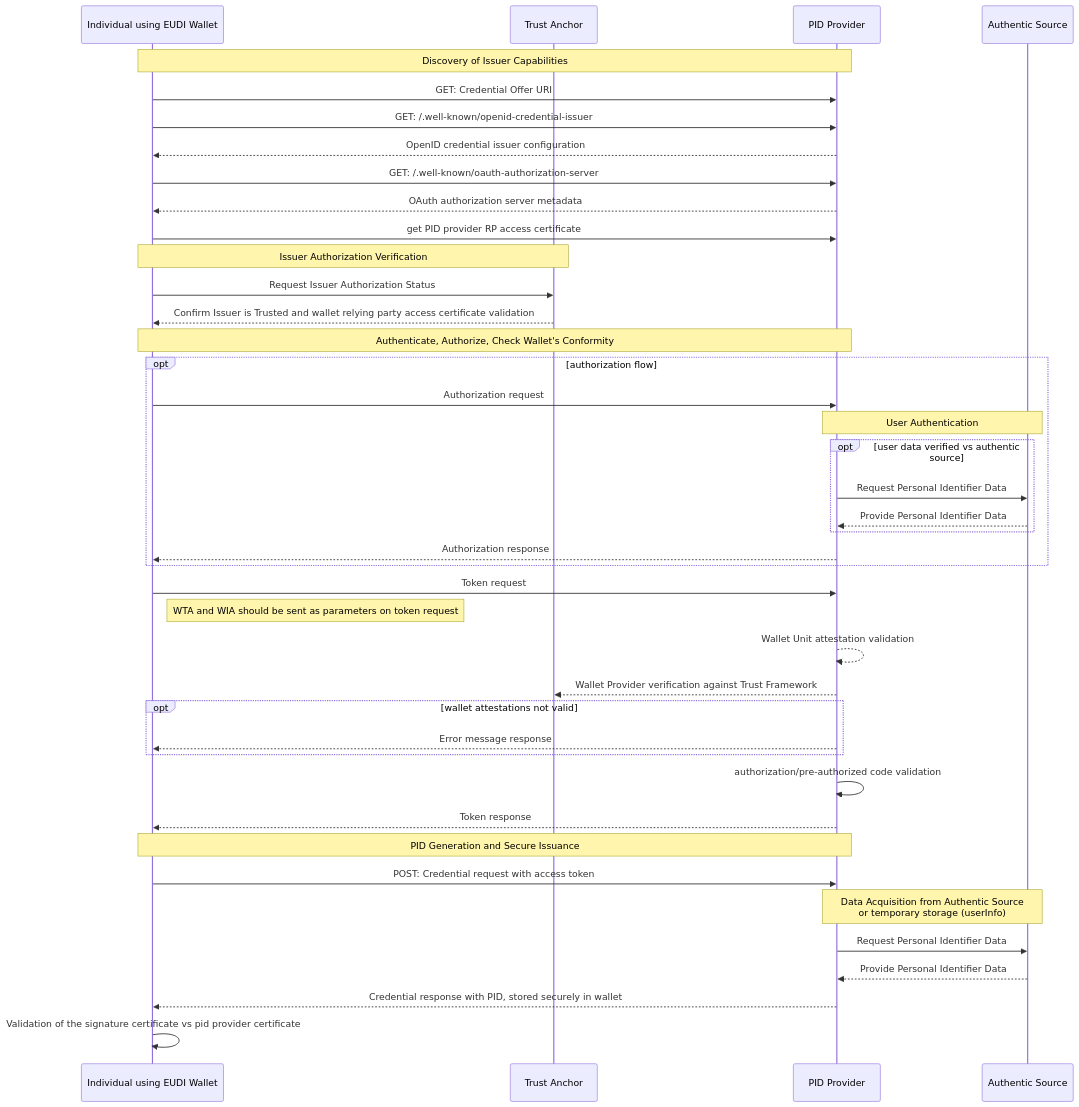
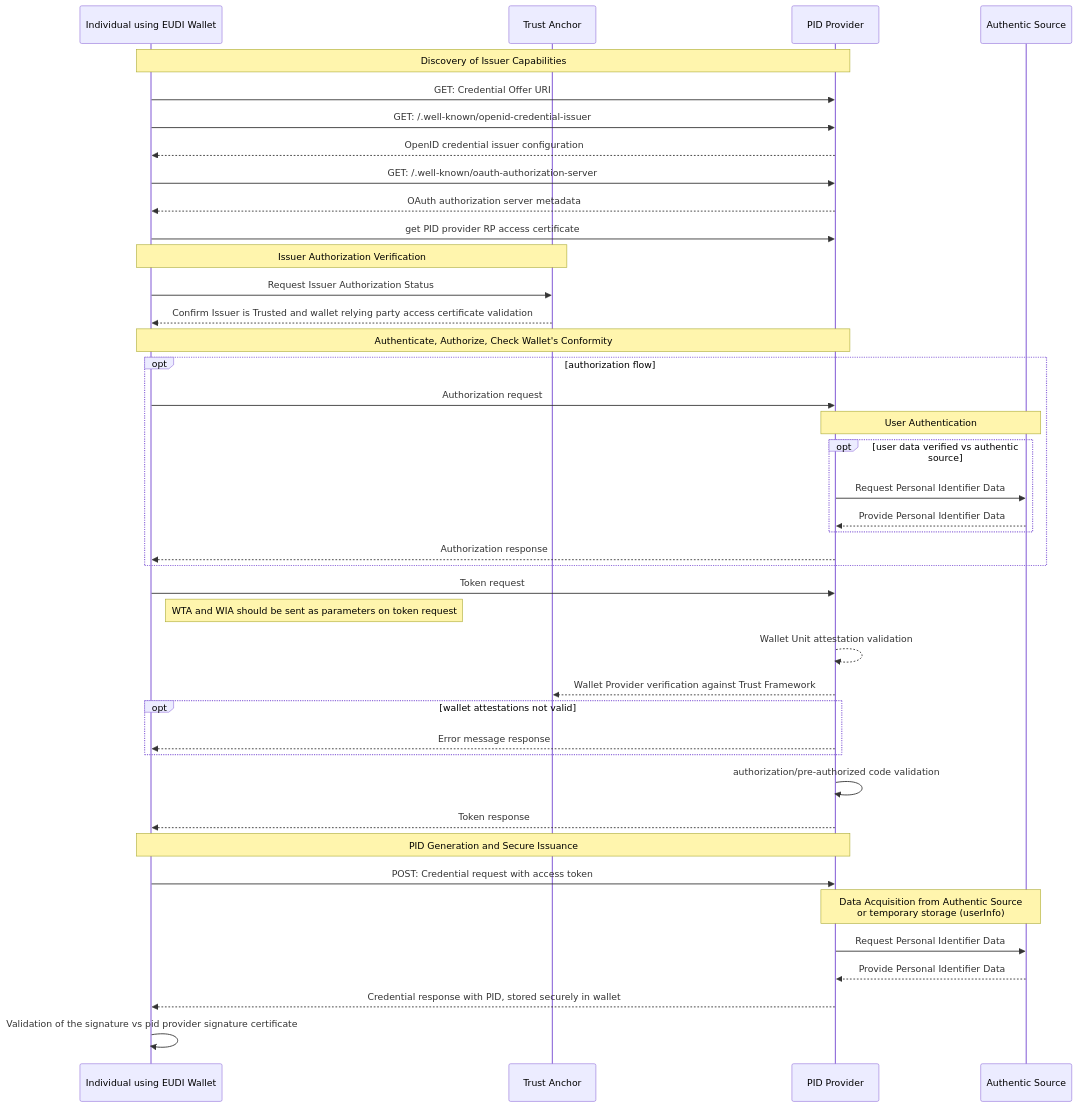
Before and after one commit to EWC-consortium/eudi-wallet-rfcs: the diagram in ewc-rfc003-issue-person-identification-data.md, drawn with Mermaid.

````diff
--- a/ewc-rfc003-issue-person-identification-data.md
+++ b/ewc-rfc003-issue-person-identification-data.md
@@ -77,51 +77,51 @@
 ```mermaid
   sequenceDiagram
     participant I as Individual using EUDI Wallet
     participant TA as Trust Anchor
     participant O as PID Provider
     participant AS as Authentic Source
         
     Note over I,O: Discovery of Issuer Capabilities 
     I->>O: GET: Credential Offer URI
     I->> O: GET: /.well-known/openid-credential-issuer
     O-->> I: OpenID credential issuer configuration
     I->> O: GET: /.well-known/oauth-authorization-server
     O-->>I: OAuth authorization server metadata
     I->> O: get PID provider RP access certificate
             
     Note over I,TA: Issuer Authorization Verification
     I->>TA: Request Issuer Authorization Status
     TA-->>I: Confirm Issuer is Trusted and wallet relying party access certificate validation 
     
     Note over I,O: Authenticate, Authorize, Check Wallet's Conformity
     opt authorization flow
     I->>O: Authorization request
     
     Note over O,AS: User Authentication
         opt user data verified vs authentic source
           O->>AS: Request Personal Identifier Data
           AS-->>O: Provide Personal Identifier Data
       end
       O-->>I: Authorization response 
     end
     
     I->> O: Token request
     Note right of I: WTA and WIA should be sent as parameters on token request
     O-->>O: Wallet Unit attestation validation
     O-->>TA: Wallet Provider verification against Trust Framework
       opt wallet attestations not valid
           O-->>I: Error message response
       end
     O->>O: authorization/pre-authorized code validation
     O-->>I: Token response
         
     Note over I,O: PID Generation and Secure Issuance
     I->>O: POST: Credential request with access token
     Note over O,AS: Data Acquisition from Authentic Source <BR> or temporary storage (userInfo)
     O->>AS: Request Personal Identifier Data
     AS-->>O: Provide Personal Identifier Data
     
     O-->>I: Credential response with PID, stored securely in wallet
-    I->> I: Validation of the signature certificate vs pid provider certificate
+    I->> I: Validation of the signature vs pid provider signature certificate
 
 ```
````
